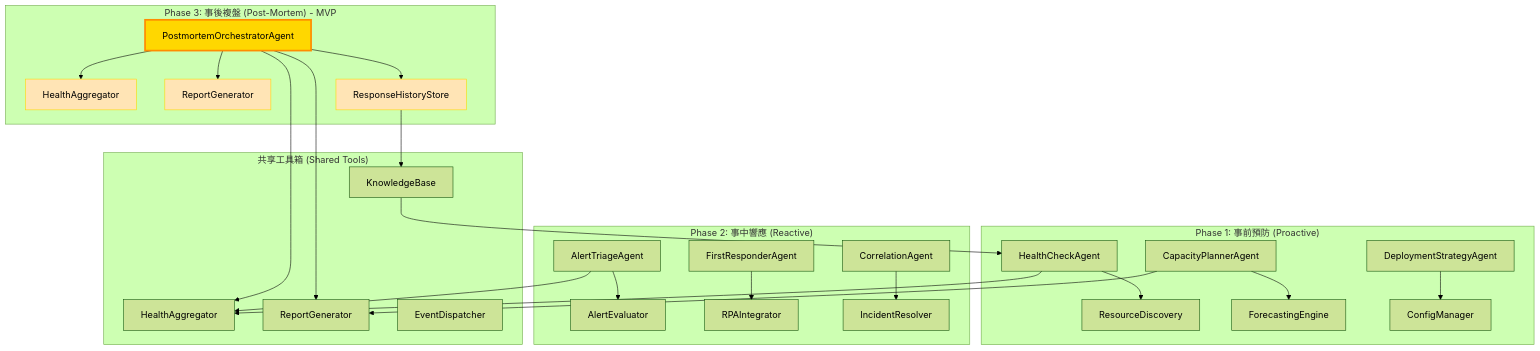
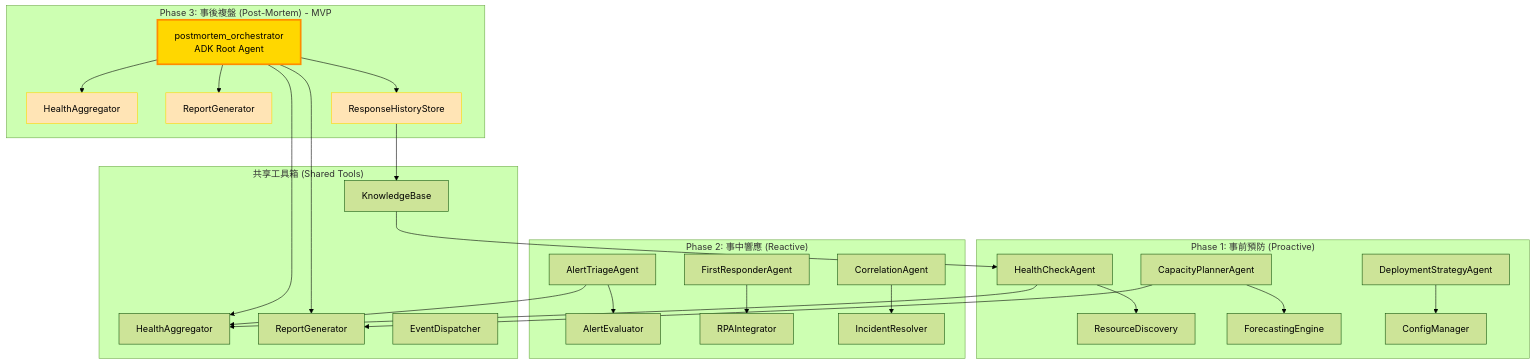
The first of 2 diagrams in docs/sre-services-map.md (detectviz/detectviz-platform), drawn with Mermaid before and after one commit. The commit also changed other lines of this file and 60 other files, not shown here.

````diff
--- a/docs/sre-services-map.md
+++ b/docs/sre-services-map.md
@@ -34,63 +34,63 @@
 ```mermaid
 %%{init: {'theme':'forest'}}%%
 
 graph TB
     subgraph "Phase 1: 事前預防 (Proactive)"
         P1A[HealthCheckAgent]
         P1B[CapacityPlannerAgent]
         P1C[DeploymentStrategyAgent]
         P1T1[ResourceDiscovery]
         P1T2[ForecastingEngine]
         P1T3[ConfigManager]
     end
     
     subgraph "Phase 2: 事中響應 (Reactive)"
         P2A[AlertTriageAgent]
         P2B[FirstResponderAgent]
         P2C[CorrelationAgent]
         P2T1[AlertEvaluator]
         P2T2[RPAIntegrator]
         P2T3[IncidentResolver]
     end
     
     subgraph "Phase 3: 事後複盤 (Post-Mortem) - MVP"
-        P3A[PostmortemOrchestratorAgent]
+        P3A[postmortem_orchestrator<br/>ADK Root Agent]
         P3T1[HealthAggregator]
         P3T2[ReportGenerator]
         P3T3[ResponseHistoryStore]
     end
     
     subgraph "共享工具箱 (Shared Tools)"
         ST1[HealthAggregator]
         ST2[ReportGenerator]
         ST3[EventDispatcher]
         ST4[KnowledgeBase]
     end
     
     P1A --> P1T1
     P1B --> P1T2
     P1C --> P1T3
     
     P2A --> P2T1
     P2B --> P2T2
     P2C --> P2T3
     
     P3A --> P3T1
     P3A --> P3T2
     P3A --> P3T3
     
     P1A --> ST1
     P2A --> ST1
     P3A --> ST1
     
     P1B --> ST2
     P3A --> ST2
     
     P3T3 --> ST4
     ST4 --> P1A
     
     style P3A fill:#FFD700,stroke:#FF8C00,stroke-width:3px
     style P3T1 fill:#FFE4B5,stroke:#FFD700
     style P3T2 fill:#FFE4B5,stroke:#FFD700
     style P3T3 fill:#FFE4B5,stroke:#FFD700
 ```
````
